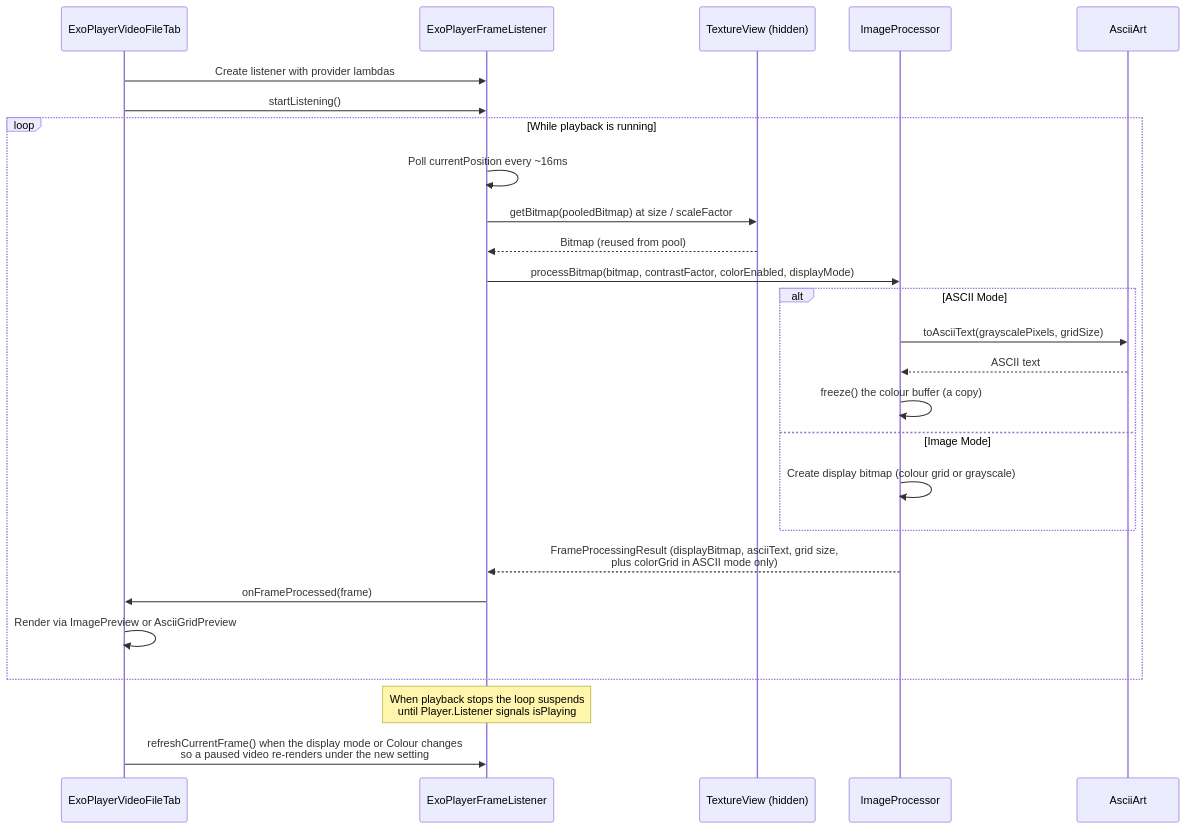
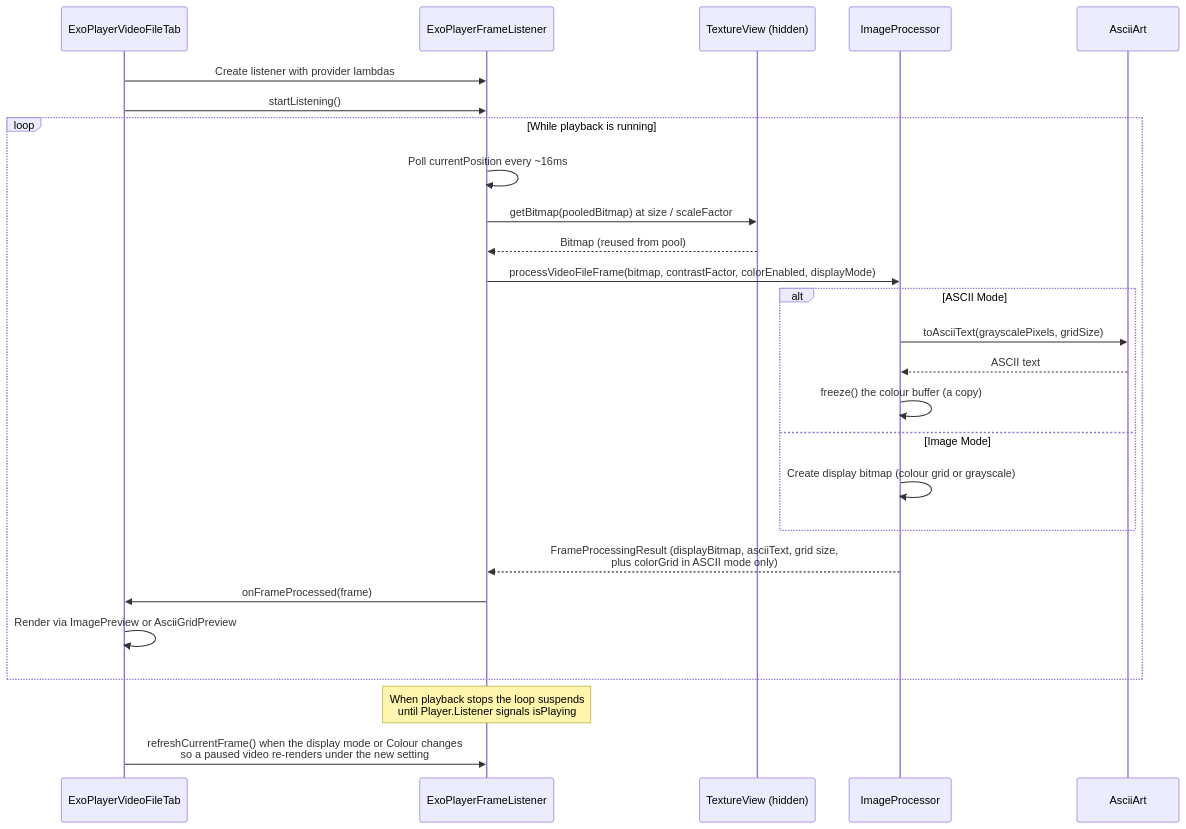
Before and after one commit to replicant1/AsciiArt: the diagram in docs/sequence-video-file.mmd, drawn with Mermaid. The commit also changed 12 other files, not shown here.

```diff
--- a/docs/sequence-video-file.mmd
+++ b/docs/sequence-video-file.mmd
@@ -1,27 +1,27 @@
 sequenceDiagram
     participant UI as ExoPlayerVideoFileTab
     participant EFL as ExoPlayerFrameListener
     participant TV as TextureView (hidden)
     participant IP as ImageProcessor
     participant AA as AsciiArt
 
     UI->>EFL: Create listener with provider lambdas
     UI->>EFL: startListening()
     loop While playback is running
         EFL->>EFL: Poll currentPosition every ~16ms
         EFL->>TV: getBitmap(pooledBitmap) at size / scaleFactor
         TV-->>EFL: Bitmap (reused from pool)
-        EFL->>IP: processBitmap(bitmap, contrastFactor, colorEnabled, displayMode)
+        EFL->>IP: processVideoFileFrame(bitmap, contrastFactor, colorEnabled, displayMode)
         alt ASCII Mode
             IP->>AA: toAsciiText(grayscalePixels, gridSize)
             AA-->>IP: ASCII text
             IP->>IP: freeze() the colour buffer (a copy)
         else Image Mode
             IP->>IP: Create display bitmap (colour grid or grayscale)
         end
         IP-->>EFL: FrameProcessingResult (displayBitmap, asciiText, grid size,<br/>plus colorGrid in ASCII mode only)
         EFL->>UI: onFrameProcessed(frame)
         UI->>UI: Render via ImagePreview or AsciiGridPreview
     end
     Note over EFL: When playback stops the loop suspends<br/>until Player.Listener signals isPlaying
     UI->>EFL: refreshCurrentFrame() when the display mode or Colour changes<br/>so a paused video re-renders under the new setting
```
